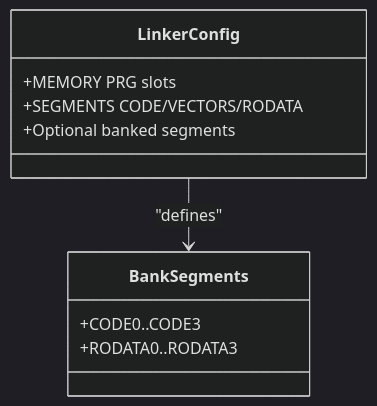
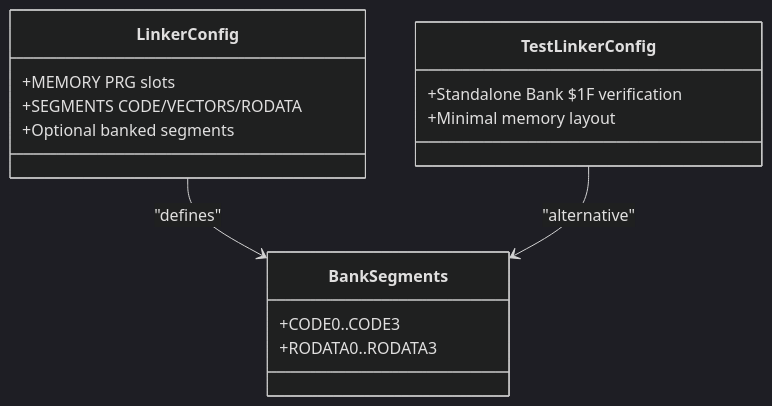
The seventh of 11 diagrams in .qoder/repowiki/en/content/Build System and Tools/Build System and Tools.md (rabbyzero/sango2dasm), drawn with Mermaid (dark theme) before and after one commit. The commit also changed other lines of this file and 8 other files, not shown here.

````diff
--- a/.qoder/repowiki/en/content/Build System and Tools/Build System and Tools.md
+++ b/.qoder/repowiki/en/content/Build System and Tools/Build System and Tools.md
@@ -304,13 +355,18 @@
 ```mermaid
 classDiagram
 class LinkerConfig {
 +MEMORY PRG slots
 +SEGMENTS CODE/VECTORS/RODATA
 +Optional banked segments
 }
+class TestLinkerConfig {
++Standalone Bank $1F verification
++Minimal memory layout
+}
 class BankSegments {
 +CODE0..CODE3
 +RODATA0..RODATA3
 }
 LinkerConfig --> BankSegments : "defines"
+TestLinkerConfig --> BankSegments : "alternative"
 ```
````
